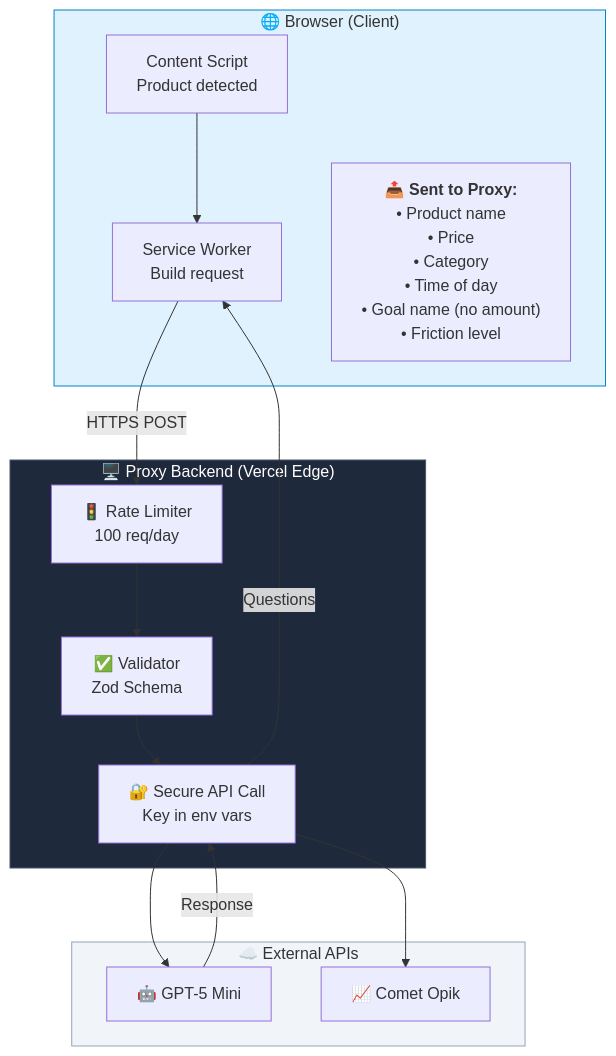
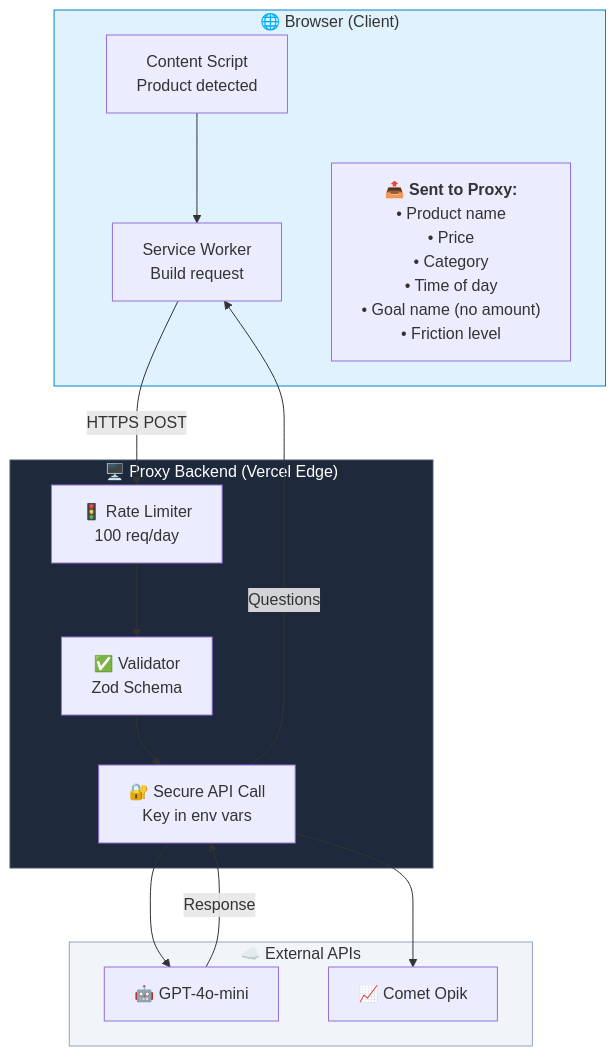
Before and after one commit to cnu/PauseBuy: the sixth of 12 diagrams in docs/PauseBuy_Technical_Architecture.md, drawn with Mermaid. The commit also changed other lines of this file and 3 other files, not shown here.

First line of the commit message:
chore: switch from GPT-5-mini to GPT-4o-mini

````diff
--- a/docs/PauseBuy_Technical_Architecture.md
+++ b/docs/PauseBuy_Technical_Architecture.md
@@ -384,35 +384,35 @@
 ```mermaid
 flowchart TB
     subgraph Client["🌐 Browser (Client)"]
         CS["Content Script<br/>Product detected"]
         SW["Service Worker<br/>Build request"]
         
         CS --> SW
         
         Sent["📤 <b>Sent to Proxy:</b><br/>• Product name<br/>• Price<br/>• Category<br/>• Time of day<br/>• Goal name (no amount)<br/>• Friction level"]
     end
     
     subgraph Server["🖥️ Proxy Backend (Vercel Edge)"]
         RL["🚦 Rate Limiter<br/>100 req/day"]
         Val["✅ Validator<br/>Zod Schema"]
         API["🔐 Secure API Call<br/>Key in env vars"]
         
         RL --> Val
         Val --> API
     end
     
     subgraph External["☁️ External APIs"]
-        OpenAI["🤖 GPT-5 Mini"]
+        OpenAI["🤖 GPT-4o-mini"]
         Opik["📈 Comet Opik"]
     end
     
     SW -->|"HTTPS POST"| RL
     API --> OpenAI
     API --> Opik
     OpenAI -->|Response| API
     API -->|Questions| SW
 
     style Client fill:#e0f2fe,stroke:#0284c7
     style Server fill:#1e293b,stroke:#475569,color:#fff
     style External fill:#f1f5f9,stroke:#94a3b8
 ```
````
